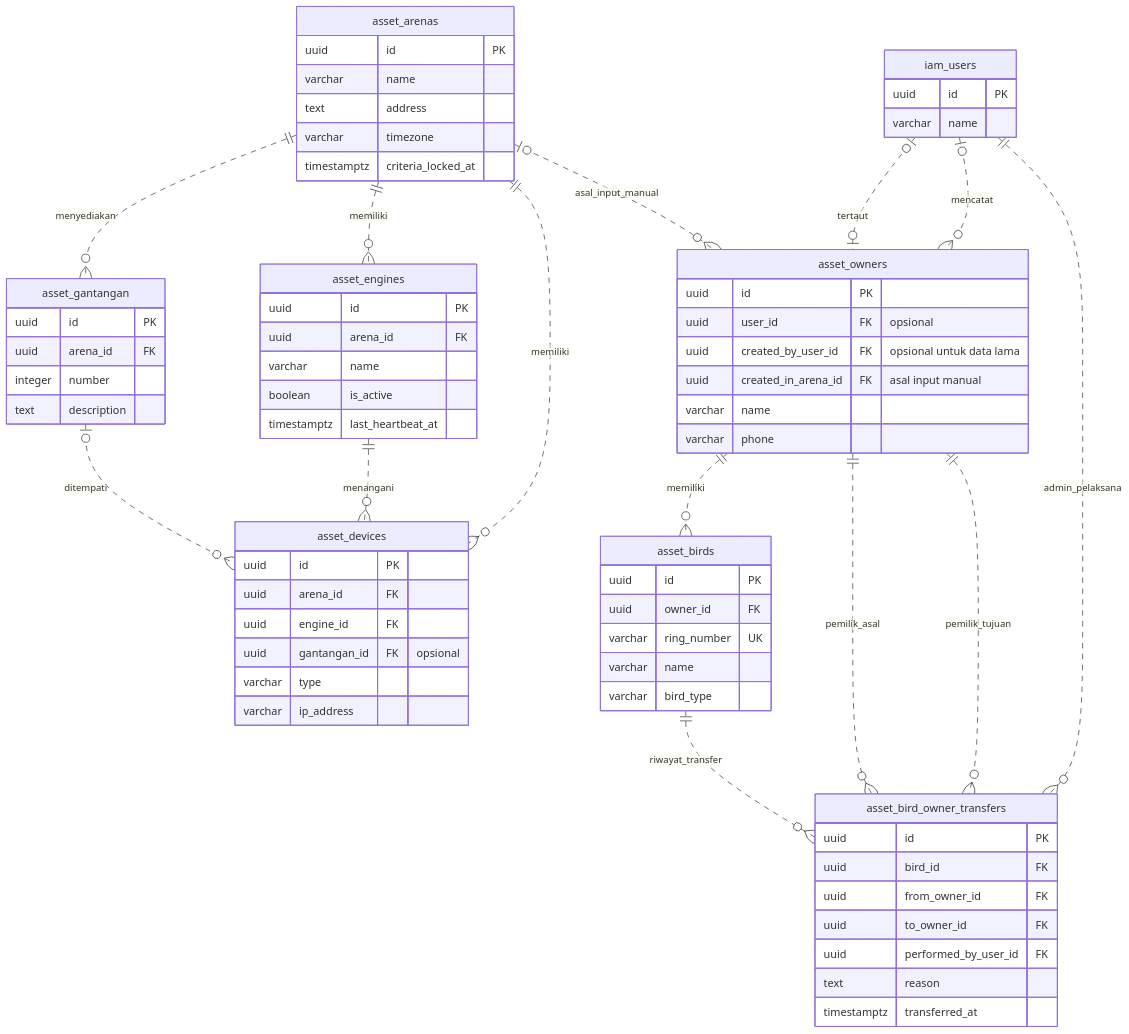
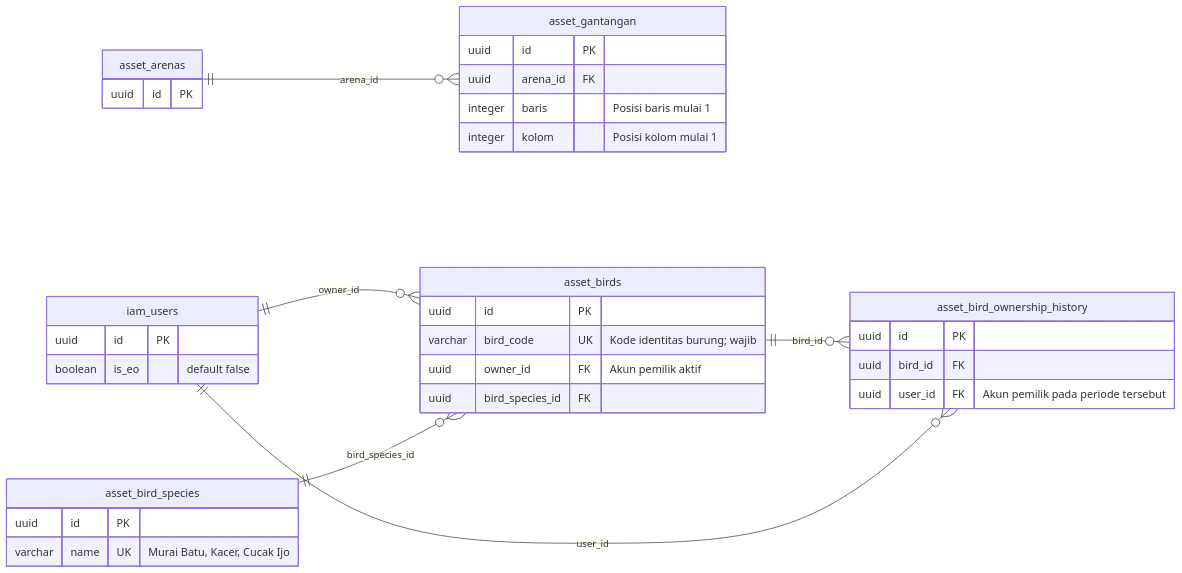
One commit to bachtiarilham/kicau-mania changed the third of 7 diagrams in cloud-app/db/ERD.md. Above: the diagram before and after it, drawn with Mermaid. The commit also changed other lines of this file, not shown here.

Commit message:
update : erd

````diff
--- a/cloud-app/db/ERD.md
+++ b/cloud-app/db/ERD.md
@@ -143,73 +121,37 @@
 ```mermaid
 erDiagram
+    direction LR
     asset_arenas {
         uuid id PK
-        varchar name
-        text address
-        varchar timezone
-        timestamptz criteria_locked_at
     }
     asset_gantangan {
         uuid id PK
         uuid arena_id FK
-        integer number
-        text description
-    }
-    asset_engines {
-        uuid id PK
-        uuid arena_id FK
-        varchar name
-        boolean is_active
-        timestamptz last_heartbeat_at
-    }
-    asset_devices {
-        uuid id PK
-        uuid arena_id FK
-        uuid engine_id FK
-        uuid gantangan_id FK "opsional"
-        varchar type
-        varchar ip_address
+        integer baris "Posisi baris mulai 1"
+        integer kolom "Posisi kolom mulai 1"
     }
     iam_users {
         uuid id PK
-        varchar name
+        boolean is_eo "default false"
     }
-    asset_owners {
+    asset_bird_species {
         uuid id PK
-        uuid user_id FK "opsional"
-        uuid created_by_user_id FK "opsional untuk data lama"
-        uuid created_in_arena_id FK "asal input manual"
-        varchar name
-        varchar phone
+        varchar name UK "Murai Batu, Kacer, Cucak Ijo"
     }
     asset_birds {
         uuid id PK
-        uuid owner_id FK
-        varchar ring_number UK
-        varchar name
-        varchar bird_type
+        varchar bird_code UK "Kode identitas burung; wajib"
+        uuid owner_id FK "Akun pemilik aktif"
+        uuid bird_species_id FK
     }
-    asset_bird_owner_transfers {
+    asset_bird_ownership_history {
         uuid id PK
         uuid bird_id FK
-        uuid from_owner_id FK
-        uuid to_owner_id FK
-        uuid performed_by_user_id FK
-        text reason
-        timestamptz transferred_at
+        uuid user_id FK "Akun pemilik pada periode tersebut"
     }
-
-    asset_arenas ||..o{ asset_gantangan : menyediakan
-    asset_arenas ||..o{ asset_engines : memiliki
-    asset_arenas ||..o{ asset_devices : memiliki
-    asset_engines ||..o{ asset_devices : menangani
-    asset_gantangan |o..o{ asset_devices : ditempati
-    iam_users |o..o| asset_owners : tertaut
-    iam_users |o..o{ asset_owners : mencatat
-    asset_arenas |o..o{ asset_owners : asal_input_manual
-    asset_owners ||..o{ asset_birds : memiliki
-    asset_birds ||..o{ asset_bird_owner_transfers : riwayat_transfer
-    asset_owners ||..o{ asset_bird_owner_transfers : pemilik_asal
-    asset_owners ||..o{ asset_bird_owner_transfers : pemilik_tujuan
-    iam_users ||..o{ asset_bird_owner_transfers : admin_pelaksana
+    asset_arenas ||--o{ asset_gantangan : arena_id
+    iam_users ||--o{ asset_birds : owner_id
+    asset_bird_species ||--o{ asset_birds : bird_species_id
+    asset_birds ||--o{ asset_bird_ownership_history : bird_id
+    iam_users ||--o{ asset_bird_ownership_history : user_id
 ```
````
